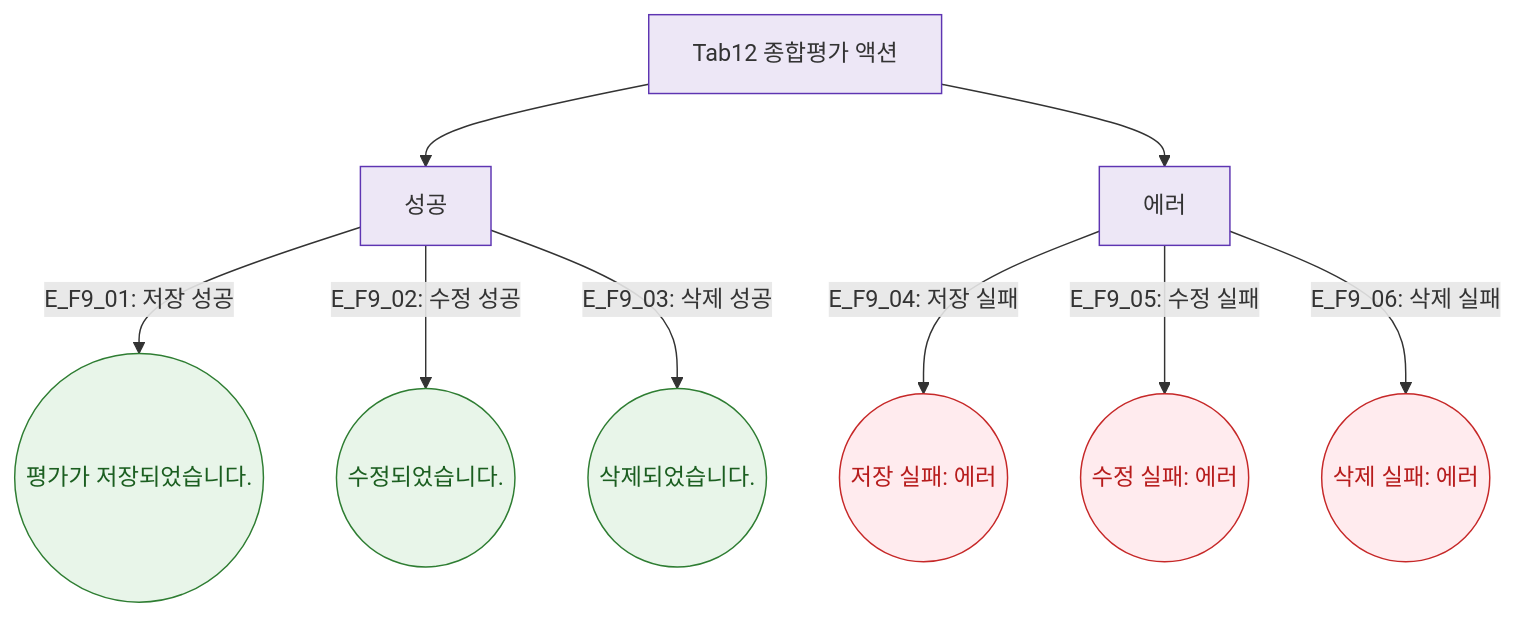
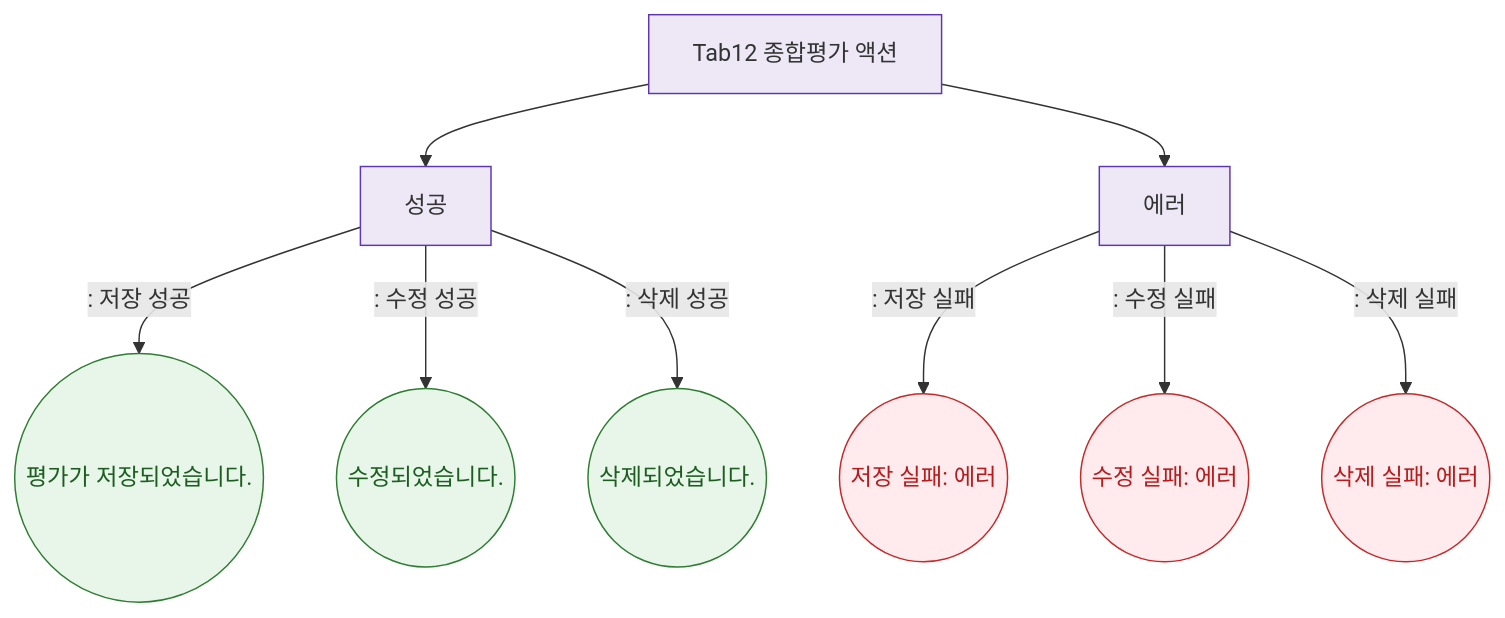
Before and after one commit to dev-spogym/admin-pando: the diagram in docs/다이어그램/D02_회원관리/SCR-M004_회원상세/Tab12_종합평가/F9_토스트.md, drawn with Mermaid. The commit also changed other lines of this file and 1660 other files, not shown here.

First line of the commit message:
다이어그램: 기획자/클라이언트 납품본으로 정리

````diff
--- a/docs/다이어그램/D02_회원관리/SCR-M004_회원상세/Tab12_종합평가/F9_토스트.md
+++ b/docs/다이어그램/D02_회원관리/SCR-M004_회원상세/Tab12_종합평가/F9_토스트.md
@@ -22,19 +20,19 @@
 ```mermaid
 flowchart TD
   ACTIONS[Tab12 종합평가 액션] --> T_OK[성공]
   ACTIONS --> T_ERR[에러]
 
-  T_OK -->|"E_F9_01: 저장 성공"| TS1((평가가 저장되었습니다.))
-  T_OK -->|"E_F9_02: 수정 성공"| TS2((수정되었습니다.))
-  T_OK -->|"E_F9_03: 삭제 성공"| TS3((삭제되었습니다.))
-  T_ERR -->|"E_F9_04: 저장 실패"| TE1((저장 실패: 에러))
-  T_ERR -->|"E_F9_05: 수정 실패"| TE2((수정 실패: 에러))
-  T_ERR -->|"E_F9_06: 삭제 실패"| TE3((삭제 실패: 에러))
+  T_OK -->|": 저장 성공"|TS1((평가가 저장되었습니다.))
+  T_OK -->|": 수정 성공"|TS2((수정되었습니다.))
+  T_OK -->|": 삭제 성공"|TS3((삭제되었습니다.))
+  T_ERR -->|": 저장 실패"|TE1((저장 실패: 에러))
+  T_ERR -->|": 수정 실패"|TE2((수정 실패: 에러))
+  T_ERR -->|": 삭제 실패"|TE3((삭제 실패: 에러))
 
   classDef success fill:#E8F5E9,stroke:#2E7D32,color:#1B5E20
   classDef error fill:#FFEBEE,stroke:#C62828,color:#B71C1C
   classDef system fill:#EDE7F6,stroke:#5E35B2
   class TS1,TS2,TS3 success
   class TE1,TE2,TE3 error
   class ACTIONS,T_OK,T_ERR system
 ```
````
